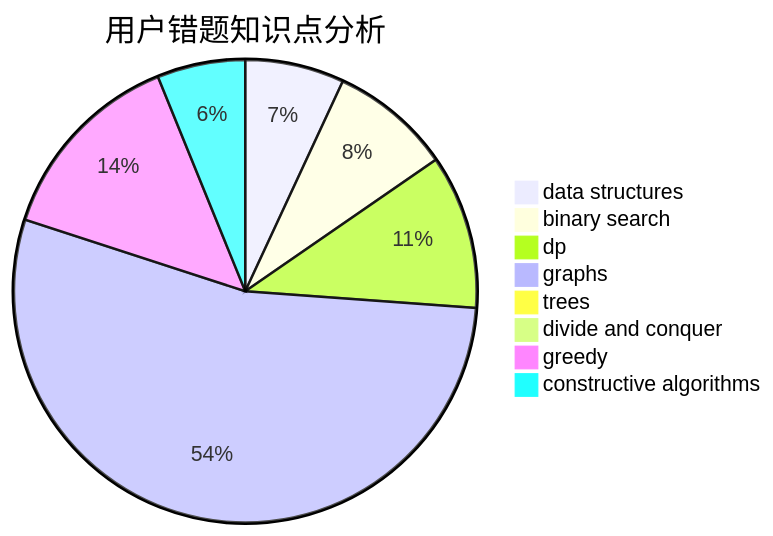
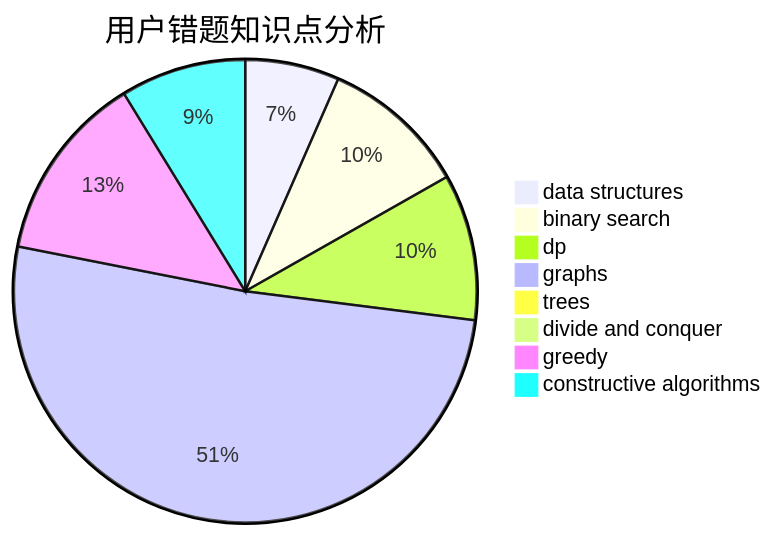
Before and after one commit to sherpahu/cfrs.github.io: the third of 3 diagrams in docs/user/u17.md, drawn with Mermaid. The commit also changed other lines of this file and 2770 other files, not shown here.

````diff
--- a/docs/user/u17.md
+++ b/docs/user/u17.md
@@ -36,11 +36,11 @@
 ```mermaid
 pie title 用户错题知识点分析
     "data structures" :  9
-    "binary search" :  11
+    "binary search" :  14
     "dp" :  14
     "graphs" :  70
     "trees" :  0
     "divide and conquer" :  0
     "greedy" :  18
-    "constructive algorithms" :  8
+    "constructive algorithms" :  12
 ```
````
